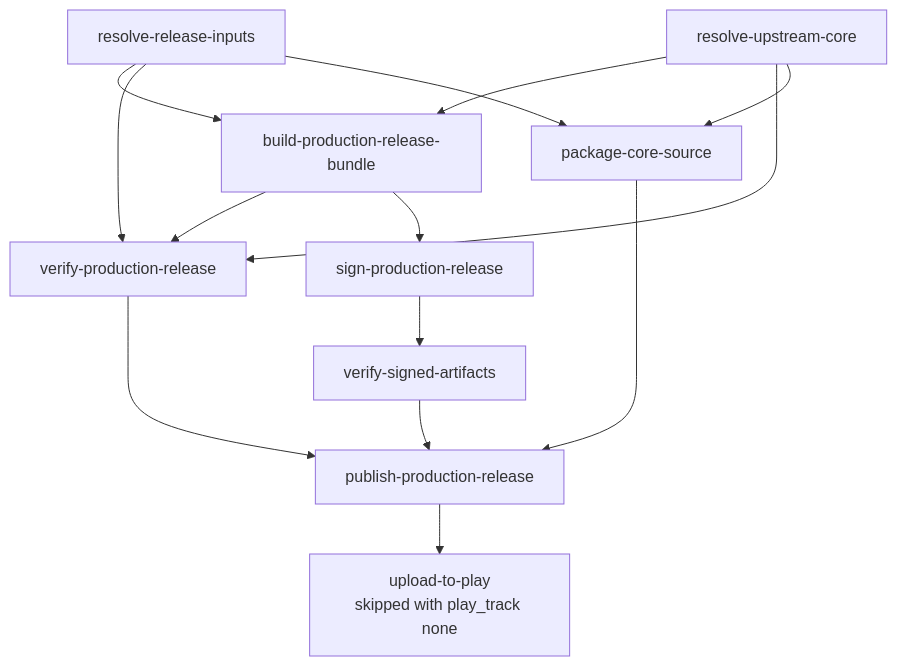
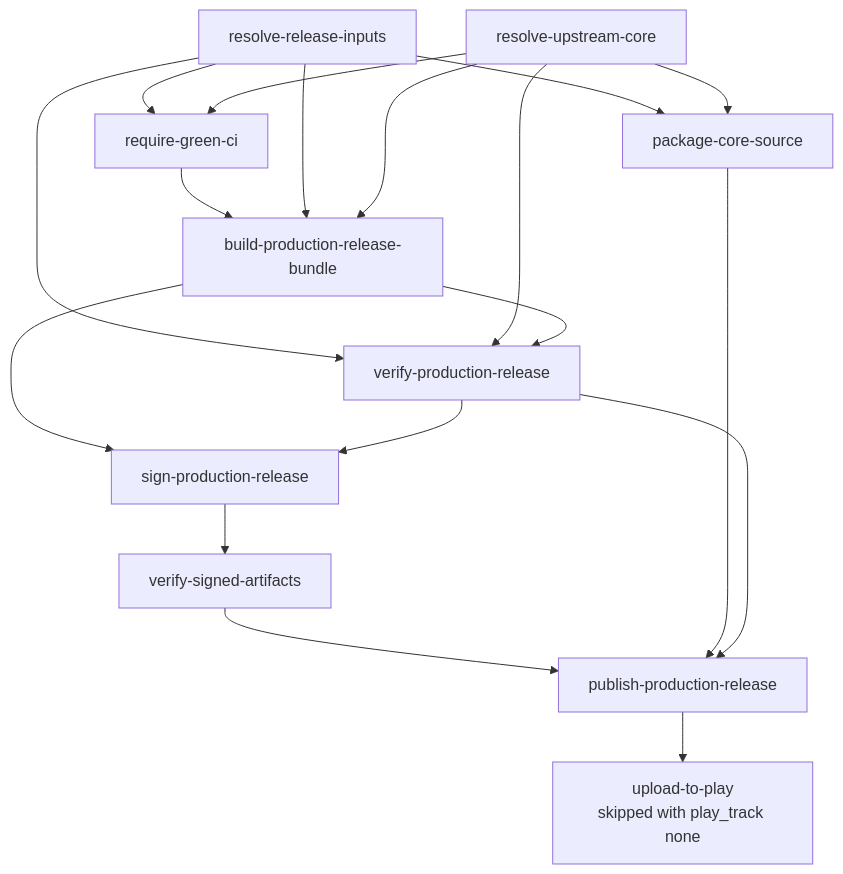
The diagram in android/docs/dev/12-cutting-a-release.md (ppigazzini/r47zen), drawn with Mermaid before and after one commit. The commit also changed other lines of this file and 13 other files, not shown here.

````diff
--- a/android/docs/dev/12-cutting-a-release.md
+++ b/android/docs/dev/12-cutting-a-release.md
@@ -88,24 +88,29 @@
 ```mermaid
 flowchart TD
   A[resolve-release-inputs]
   B[resolve-upstream-core]
+  R[require-green-ci]
   C[build-production-release-bundle]
   D[verify-production-release]
   E[sign-production-release]
   F[verify-signed-artifacts]
   G[publish-production-release]
   H[upload-to-play<br/>skipped with play_track none]
   S[package-core-source]
 
+  A --> R
+  B --> R
+  R --> C
   A --> C
   B --> C
   A --> D
   B --> D
   C --> D
   C --> E --> F --> G
+  D --> E
   A --> S
   B --> S
   S --> G
   D --> G
   G --> H
 ```
````
